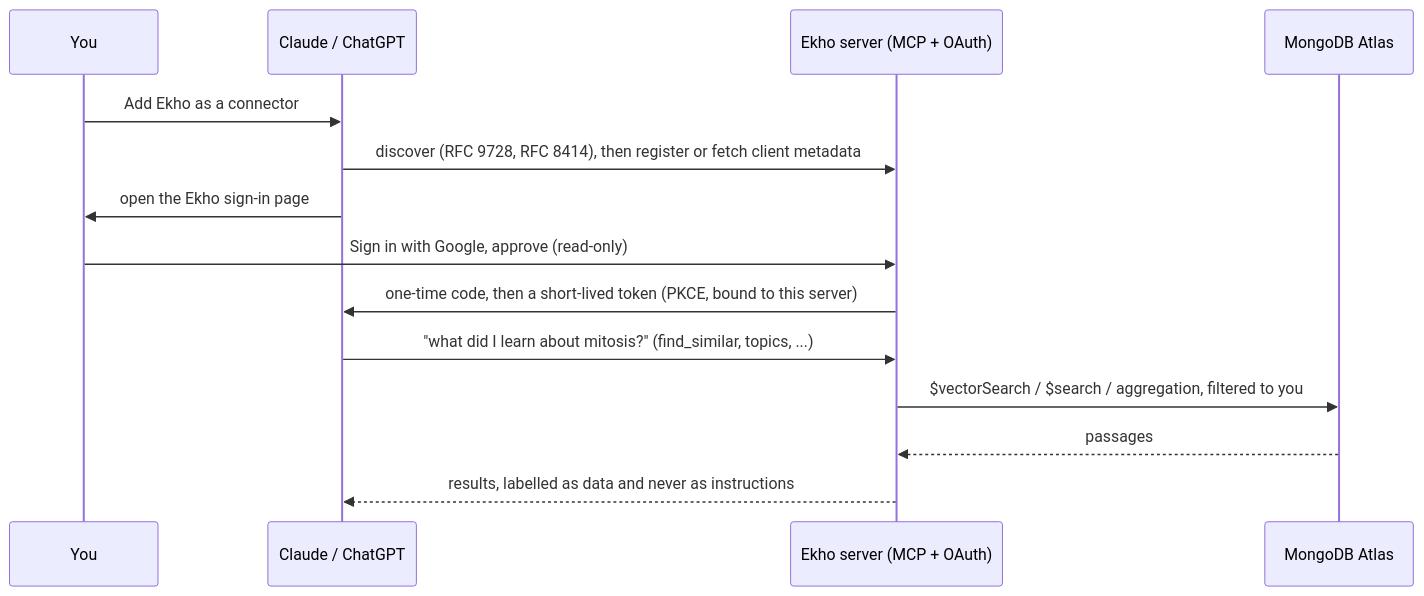
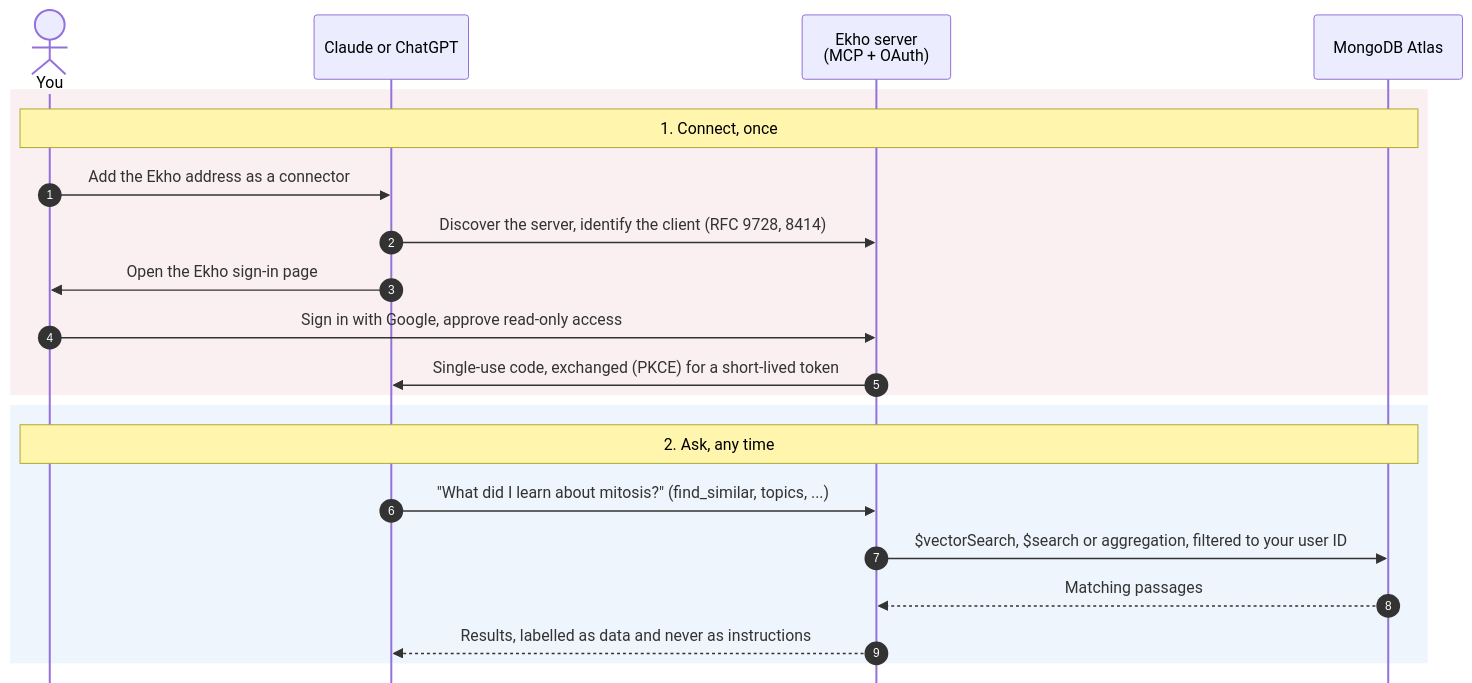
One commit to Vibertexs/Voice-Notes-App changed the diagram in README.md. Above: the diagram before and after it, drawn with Mermaid.

Commit message:
README: refine the sign-in sequence diagram
Single set of participant boxes, numbered steps, and the flow split into
'connect once' and 'ask any time'.

````diff
--- a/README.md
+++ b/README.md
@@ -92,16 +92,25 @@
 ```mermaid
+%%{init: {"sequence": {"mirrorActors": false, "showSequenceNumbers": true, "messageMargin": 34, "actorMargin": 60}}}%%
 sequenceDiagram
-  participant You
-  participant AI as Claude / ChatGPT
-  participant Ekho as Ekho server (MCP + OAuth)
+  actor You
+  participant AI as Claude or ChatGPT
+  participant Ekho as Ekho server<br/>(MCP + OAuth)
   participant DB as MongoDB Atlas
-  You->>AI: Add Ekho as a connector
-  AI->>Ekho: discover (RFC 9728, RFC 8414), then register or fetch client metadata
-  AI->>You: open the Ekho sign-in page
-  You->>Ekho: Sign in with Google, approve (read-only)
-  Ekho->>AI: one-time code, then a short-lived token (PKCE, bound to this server)
-  AI->>Ekho: "what did I learn about mitosis?" (find_similar, topics, ...)
-  Ekho->>DB: $vectorSearch / $search / aggregation, filtered to you
-  DB-->>Ekho: passages
-  Ekho-->>AI: results, labelled as data and never as instructions
+
+  rect rgba(200, 64, 79, 0.08)
+    Note over You,DB: 1. Connect, once
+    You->>AI: Add the Ekho address as a connector
+    AI->>Ekho: Discover the server, identify the client (RFC 9728, 8414)
+    AI->>You: Open the Ekho sign-in page
+    You->>Ekho: Sign in with Google, approve read-only access
+    Ekho->>AI: Single-use code, exchanged (PKCE) for a short-lived token
+  end
+
+  rect rgba(40, 130, 220, 0.08)
+    Note over You,DB: 2. Ask, any time
+    AI->>Ekho: "What did I learn about mitosis?" (find_similar, topics, ...)
+    Ekho->>DB: $vectorSearch, $search or aggregation, filtered to your user ID
+    DB-->>Ekho: Matching passages
+    Ekho-->>AI: Results, labelled as data and never as instructions
+  end
 ```
````
